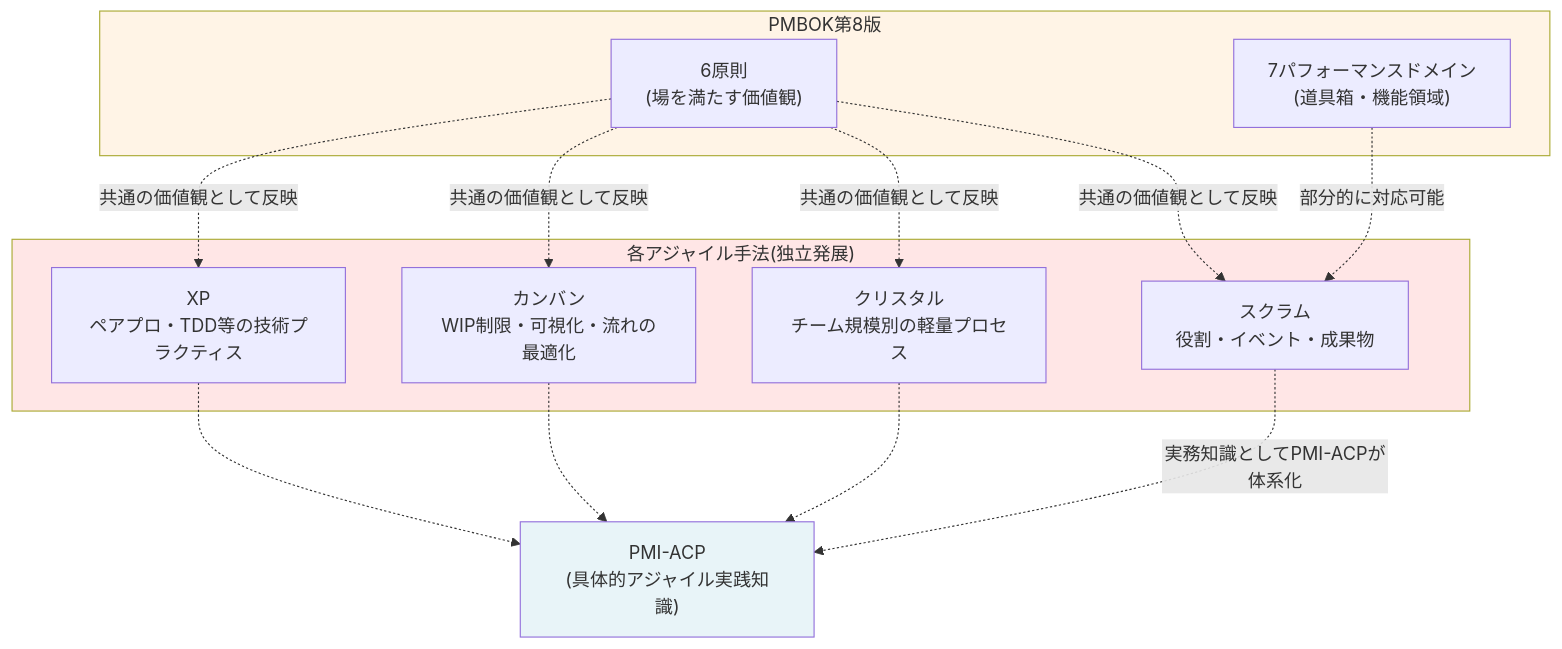
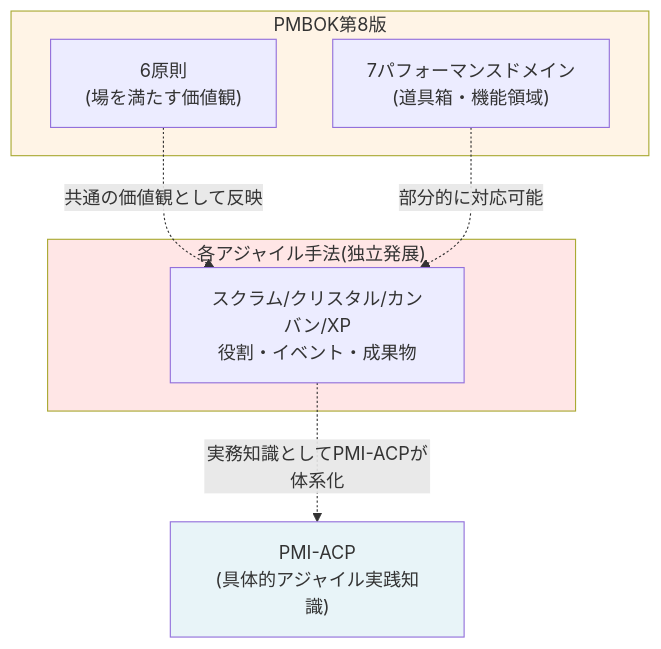
Before and after one commit to yuukioosaka/yuukioosaka.github.io: the third of 3 diagrams in _posts/2026-08-08-pmbok8-summary.md, drawn with Mermaid.

````diff
--- a/_posts/2026-08-08-pmbok8-summary.md
+++ b/_posts/2026-08-08-pmbok8-summary.md
@@ -85,30 +85,21 @@
 ```mermaid
 flowchart TB
     subgraph PMBOK8["PMBOK第8版"]
         PRIN["6原則<br/>(場を満たす価値観)"]
         DOM["7パフォーマンスドメイン<br/>(道具箱・機能領域)"]
     end
 
     subgraph AGILEMETHODS["各アジャイル手法(独立発展)"]
-        SCRUM2["スクラム<br/>役割・イベント・成果物"]
-        CRYSTAL2["クリスタル<br/>チーム規模別の軽量プロセス"]
-        KANBAN2["カンバン<br/>WIP制限・可視化・流れの最適化"]
-        XP2["XP<br/>ペアプロ・TDD等の技術プラクティス"]
+        SCRUM2["スクラム/クリスタル/カンバン/XP<br/>役割・イベント・成果物"]
     end
 
     PRIN -.共通の価値観として反映.-> SCRUM2
-    PRIN -.共通の価値観として反映.-> CRYSTAL2
-    PRIN -.共通の価値観として反映.-> KANBAN2
-    PRIN -.共通の価値観として反映.-> XP2
 
     SCRUM2 -.実務知識としてPMI-ACPが体系化.-> ACP["PMI-ACP<br/>(具体的アジャイル実践知識)"]
-    CRYSTAL2 -.-> ACP
-    KANBAN2 -.-> ACP
-    XP2 -.-> ACP
 
     DOM -.部分的に対応可能.-> SCRUM2
 
     style PMBOK8 fill:#fff4e6
     style AGILEMETHODS fill:#ffe6e6
     style ACP fill:#e8f4f8
 ```
````
